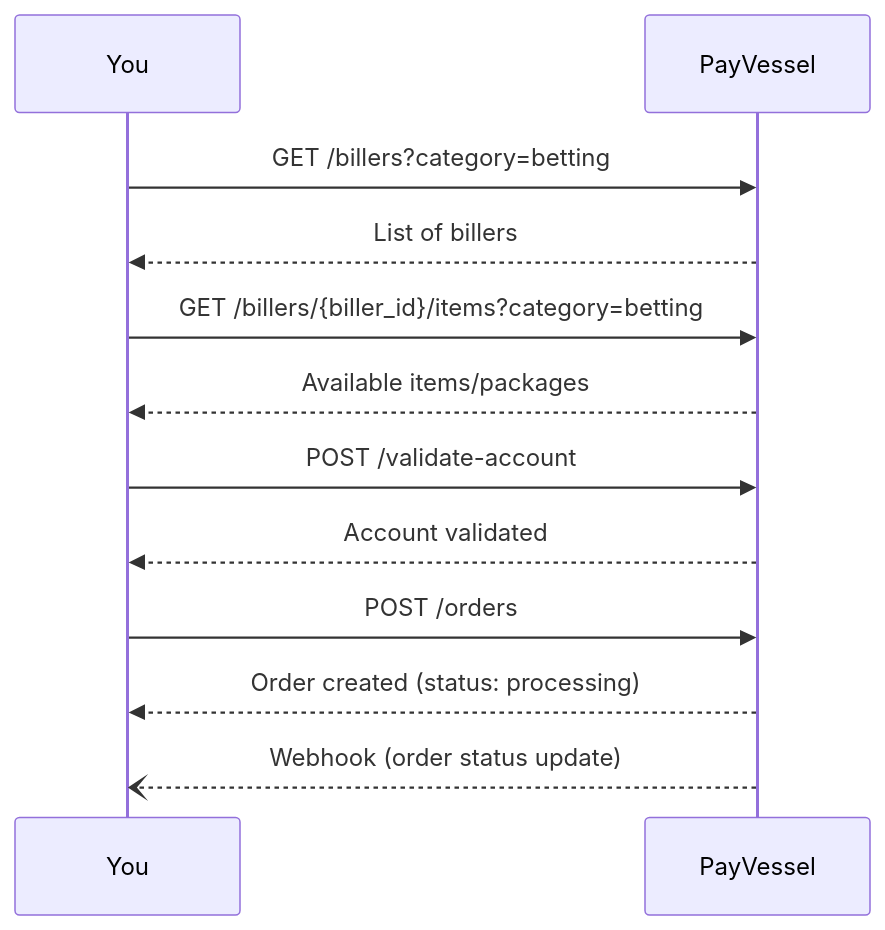
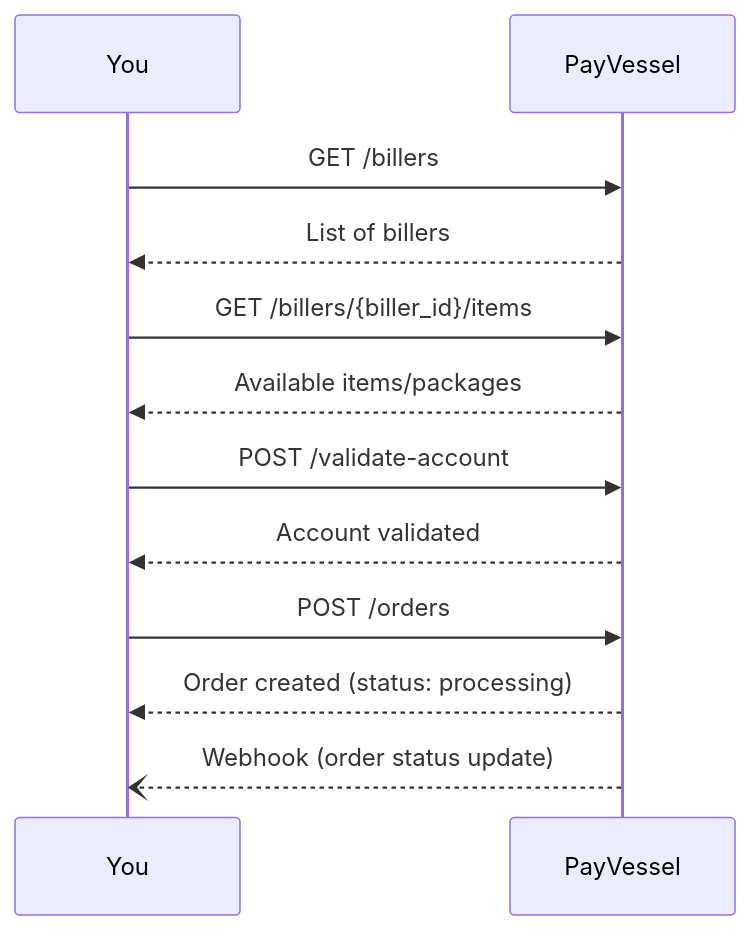
The diagram in biller-reseller/overview.mdx (Nex-Panther-Technologies-Ltd/payvessel-docs), drawn with Mermaid before and after one commit. The commit also changed other lines of this file and 10 other files, not shown here.

````diff
--- a/biller-reseller/overview.mdx
+++ b/biller-reseller/overview.mdx
@@ -34,15 +34,15 @@
 ```mermaid
 sequenceDiagram
     participant You
     participant PayVessel
 
-    You->>PayVessel: GET /billers?category=betting
+    You->>PayVessel: GET /billers
     PayVessel-->>You: List of billers
-    You->>PayVessel: GET /billers/{biller_id}/items?category=betting
+    You->>PayVessel: GET /billers/{biller_id}/items
     PayVessel-->>You: Available items/packages
     You->>PayVessel: POST /validate-account
     PayVessel-->>You: Account validated
     You->>PayVessel: POST /orders
     PayVessel-->>You: Order created (status: processing)
     PayVessel--)You: Webhook (order status update)
 ```
````
